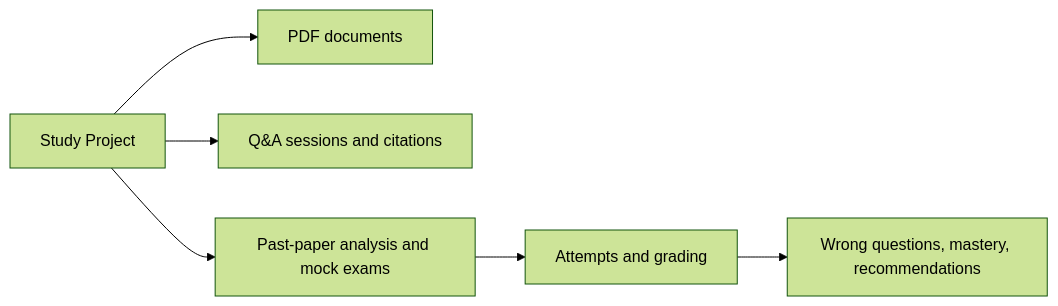
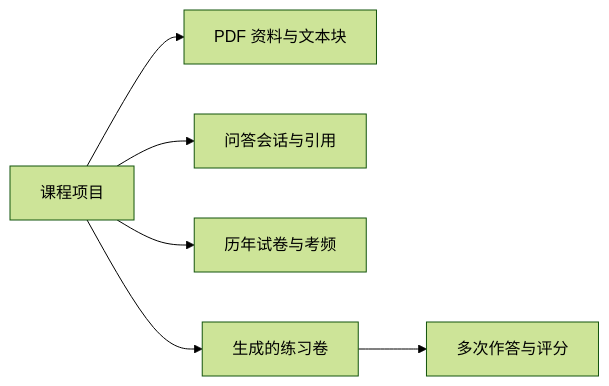
Before and after one commit to kzh1458003655-web/StudyPilot: the first of 2 diagrams in docs/产品相关/产品架构.md, drawn with Mermaid (forest theme). The commit also changed other lines of this file and 8 other files, not shown here.

````diff
--- a/docs/产品相关/产品架构.md
+++ b/docs/产品相关/产品架构.md
@@ -24,8 +37,8 @@
 ```mermaid
 flowchart LR
-  P[Study Project] --> D[PDF documents]
-  P --> Q[Q&A sessions and citations]
-  P --> E[Past-paper analysis and mock exams]
-  E --> A[Attempts and grading]
-  A --> M[Wrong questions, mastery, recommendations]
+  P[课程项目] --> D[PDF 资料与文本块]
+  P --> Q[问答会话与引用]
+  P --> F[历年试卷与考频]
+  P --> E[生成的练习卷]
+  E --> A[多次作答与评分]
 ```
````
